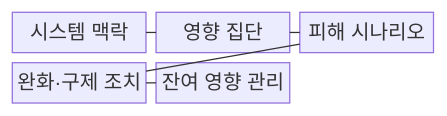
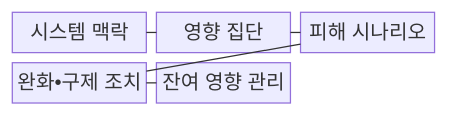
Before and after one commit to agnusdei1207/knowledge-base: the first of 2 diagrams in src/content/docs/notes/08-latest-tech/108_ai_impact_assessment.md, drawn with Mermaid. The commit also changed other lines of this file and 953 other files, not shown here.

````diff
--- a/src/content/docs/notes/08-latest-tech/108_ai_impact_assessment.md
+++ b/src/content/docs/notes/08-latest-tech/108_ai_impact_assessment.md
@@ -66,13 +66,13 @@
 ```mermaid
 block-beta
     columns 3
     C["시스템 맥락"]
     S["영향 집단"]
     H["피해 시나리오"]
-    M["완화·구제 조치"]
+    M["완화•구제 조치"]
     R["잔여 영향 관리"]
     C --- S
     S --- H
     H --- M
     M --- R
 ```
````
